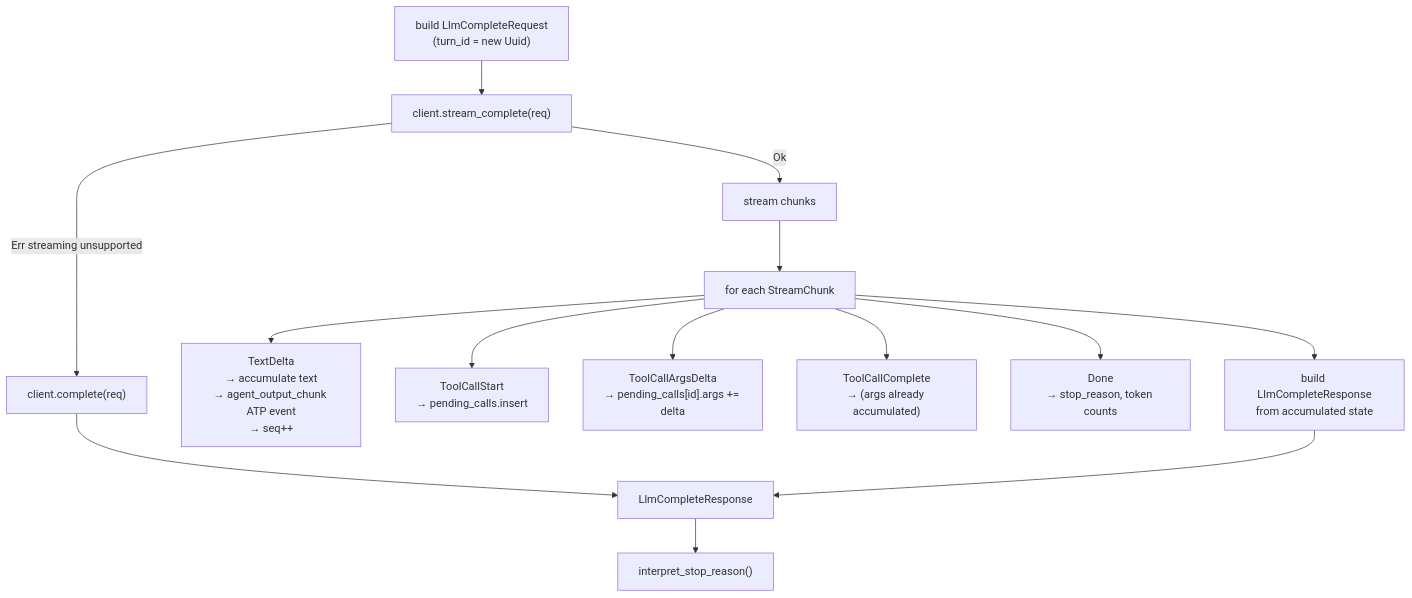
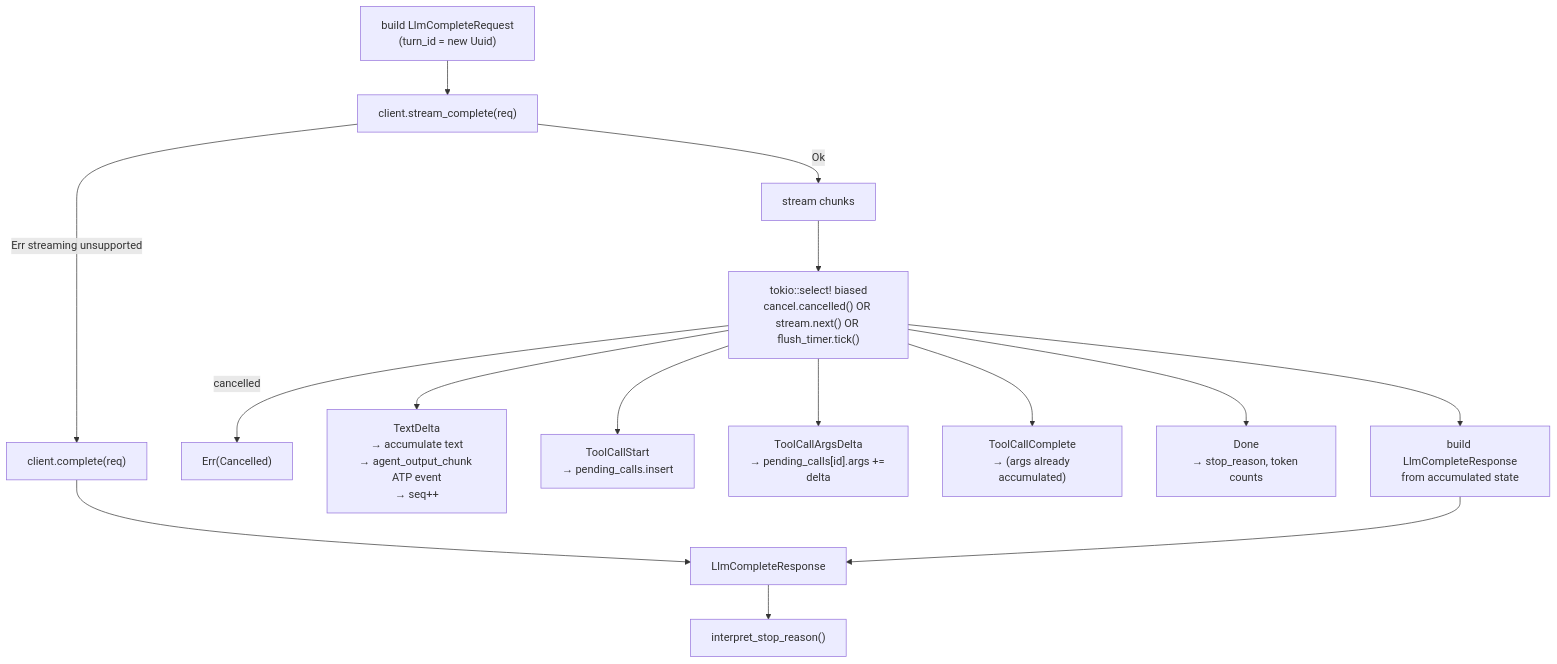
One commit to avadhpatel/avix changed the third of 4 diagrams in docs/architecture/13-streaming.md. Above: the diagram before and after it, drawn with Mermaid. The commit also changed other lines of this file and 17 other files, not shown here.

````diff
--- a/docs/architecture/13-streaming.md
+++ b/docs/architecture/13-streaming.md
@@ -303,19 +306,20 @@
 ```mermaid
 flowchart TD
     REQ["build LlmCompleteRequest\n(turn_id = new Uuid)"]
     REQ --> TRY["client.stream_complete(req)"]
     TRY -->|Ok| STREAM["stream chunks"]
     TRY -->|Err streaming unsupported| FALLBACK["client.complete(req)"]
     FALLBACK --> RESP["LlmCompleteResponse"]
 
-    STREAM --> LOOP["for each StreamChunk"]
+    STREAM --> LOOP["tokio::select! biased\ncancel.cancelled() OR stream.next() OR flush_timer.tick()"]
+    LOOP -->|cancelled| ERR["Err(Cancelled)"]
     LOOP --> TD["TextDelta\n→ accumulate text\n→ agent_output_chunk ATP event\n→ seq++"]
     LOOP --> TCS["ToolCallStart\n→ pending_calls.insert"]
     LOOP --> TCAD["ToolCallArgsDelta\n→ pending_calls[id].args += delta"]
     LOOP --> TCC["ToolCallComplete\n→ (args already accumulated)"]
     LOOP --> DONE["Done\n→ stop_reason, token counts"]
     LOOP --> BUILD["build LlmCompleteResponse\nfrom accumulated state"]
     BUILD --> RESP
 
     RESP --> INTERPRET["interpret_stop_reason()"]
 ```
````
